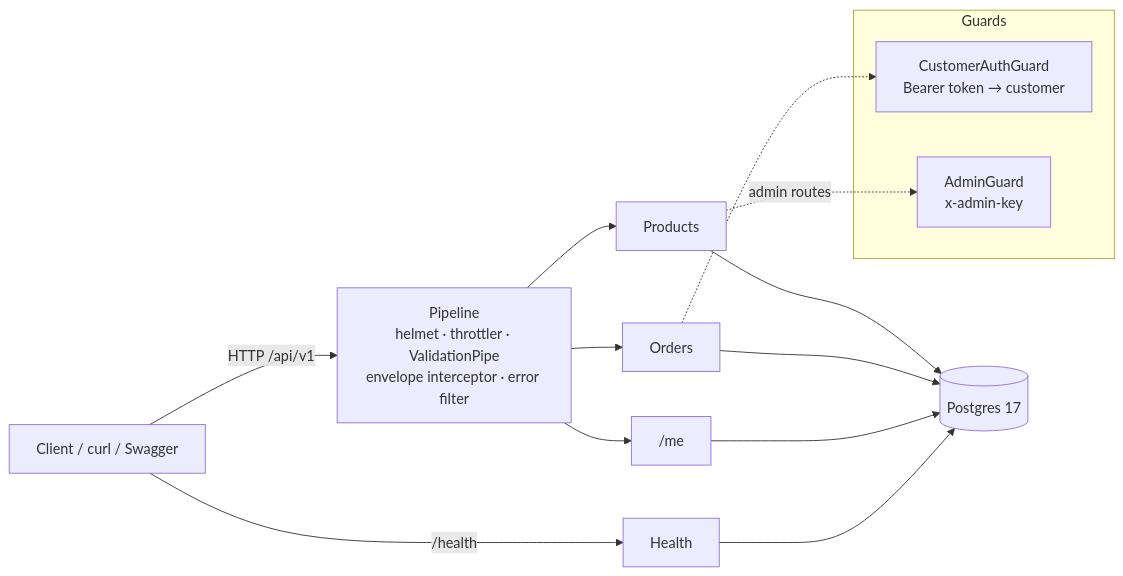
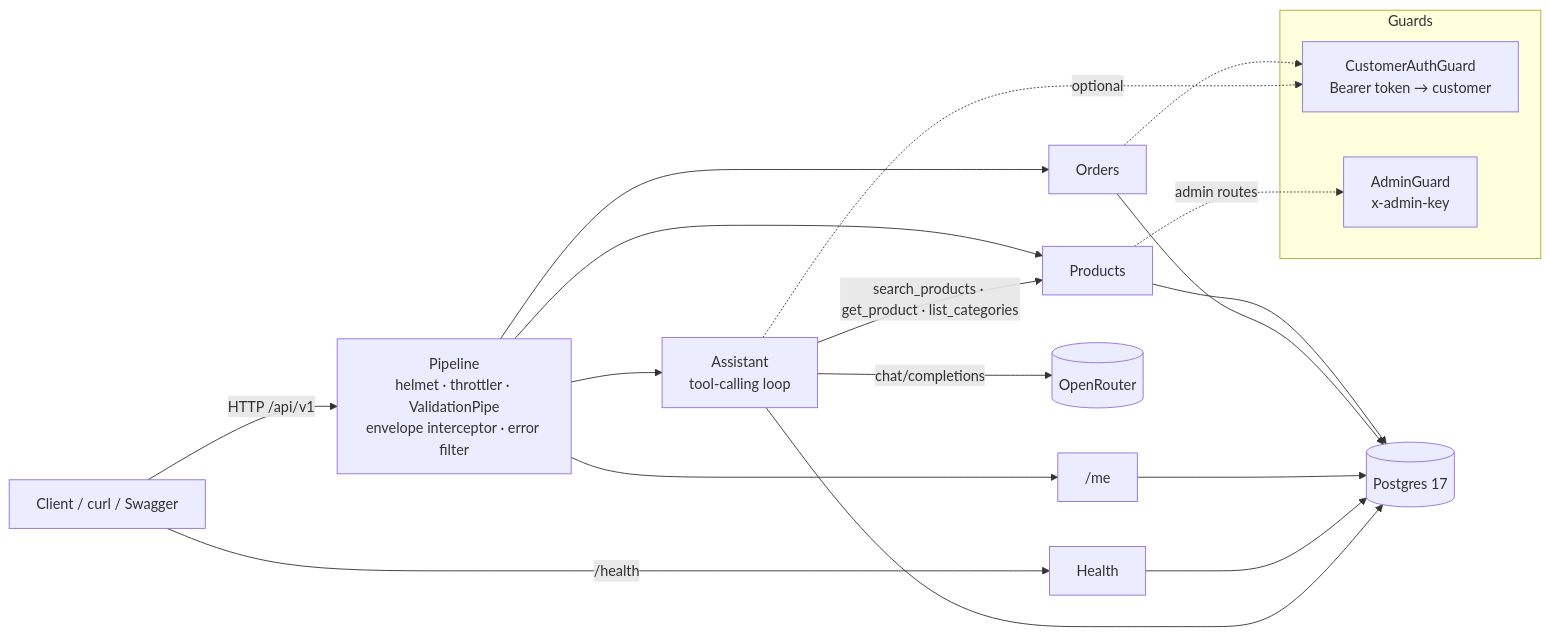
Before and after one commit to maheenur13/CommercePilot: the diagram in README.md, drawn with Mermaid. The commit also changed other lines of this file and 33 other files, not shown here.

````diff
--- a/README.md
+++ b/README.md
@@ -17,15 +17,19 @@
 ```mermaid
 flowchart LR
   C[Client / curl / Swagger] -->|HTTP /api/v1| PIPE["Pipeline<br/>helmet · throttler · ValidationPipe<br/>envelope interceptor · error filter"]
   PIPE --> P[Products]
   PIPE --> O[Orders]
   PIPE --> M["/me"]
+  PIPE --> A["Assistant<br/>tool-calling loop"]
+  A -->|search_products · get_product · list_categories| P
+  A -->|chat/completions| LLM[(OpenRouter)]
   C -->|/health| H[Health]
-  P & O & M & H --> DB[(Postgres 17)]
+  P & O & M & H & A --> DB[(Postgres 17)]
   subgraph Guards
     CG[CustomerAuthGuard<br/>Bearer token → customer]
     AG[AdminGuard<br/>x-admin-key]
   end
   O -.-> CG
+  A -. optional .-> CG
   P -. admin routes .-> AG
 ```
````
